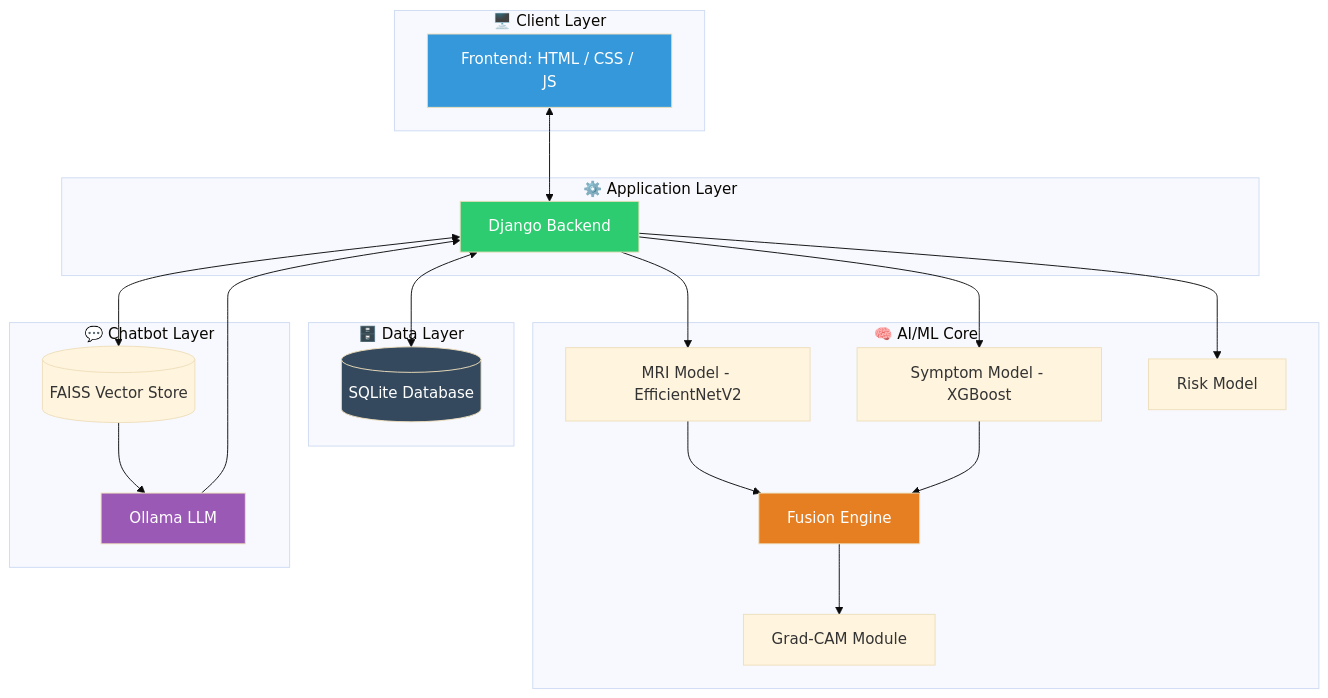
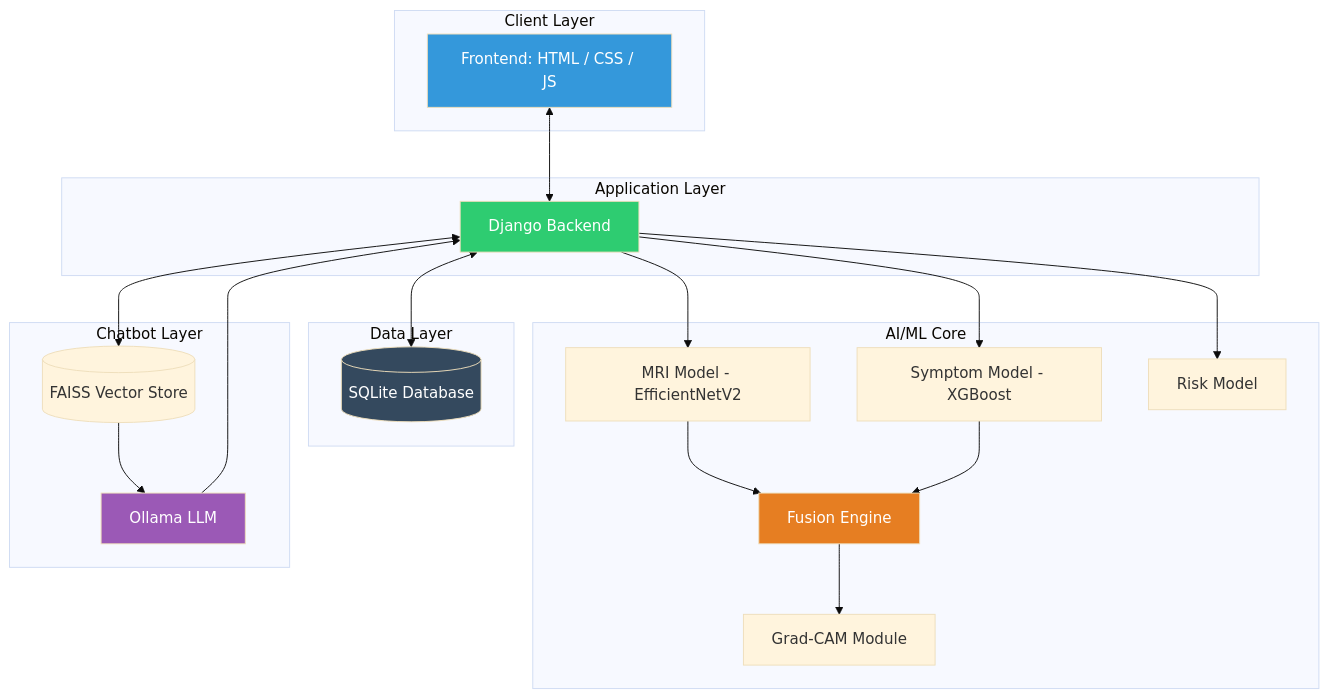
One commit to anurudhk499/UteroCare changed the second of 2 diagrams in README.md. Above: the diagram before and after it, drawn with Mermaid (base theme). The commit also changed other lines of this file, not shown here.

````diff
--- a/README.md
+++ b/README.md
@@ -240,45 +237,45 @@
 ```mermaid
 flowchart TB
-    subgraph Client["🖥️ Client Layer"]
+    subgraph Client["Client Layer"]
         FE[Frontend: HTML / CSS / JS]
     end
 
-    subgraph Server["⚙️ Application Layer"]
+    subgraph Server["Application Layer"]
         BE[Django Backend]
     end
 
-    subgraph AI["🧠 AI/ML Core"]
+    subgraph AI["AI/ML Core"]
         M1[MRI Model - EfficientNetV2]
         M2[Symptom Model - XGBoost]
         M3[Risk Model]
         FUSION[Fusion Engine]
         GC[Grad-CAM Module]
     end
 
-    subgraph Data["🗄️ Data Layer"]
+    subgraph Data["Data Layer"]
         DB[(SQLite Database)]
     end
 
-    subgraph RAG["💬 Chatbot Layer"]
+    subgraph RAG["Chatbot Layer"]
         VDB[(FAISS Vector Store)]
         LLM[Ollama LLM]
     end
 
     FE <--> BE
     BE --> M1
     BE --> M2
     BE --> M3
     M1 --> FUSION
     M2 --> FUSION
     FUSION --> GC
     BE <--> DB
     BE <--> VDB
     VDB --> LLM
     LLM --> BE
 
     style FE fill:#3498db,color:#fff
     style BE fill:#2ecc71,color:#fff
     style FUSION fill:#e67e22,color:#fff
     style DB fill:#34495e,color:#fff
     style LLM fill:#9b59b6,color:#fff
 ```
````
